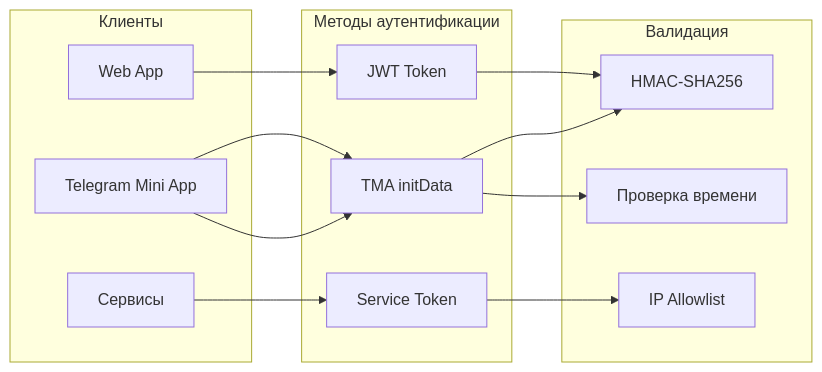
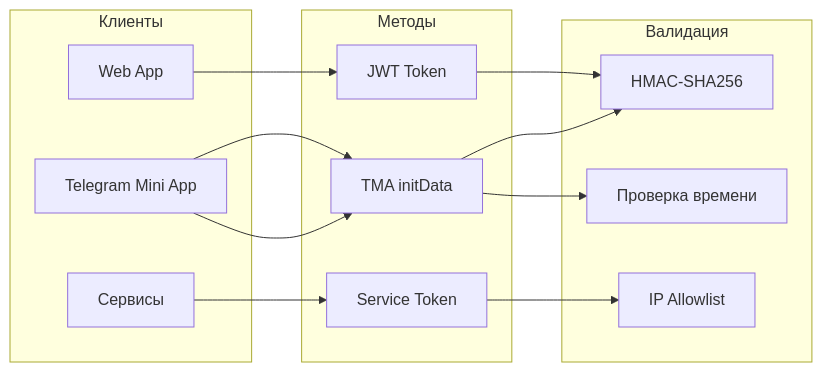
The ninth of 9 diagrams in README.md (germanProgq/crypto-hackathon), drawn with Mermaid before and after one commit. The commit also changed other lines of this file and 1 other file, not shown here.

````diff
--- a/README.md
+++ b/README.md
@@ -729,25 +663,25 @@
 ```mermaid
 flowchart LR
     subgraph "Клиенты"
         WEB[Web App]
         TG[Telegram Mini App]
         SVC[Сервисы]
     end
     
-    subgraph "Методы аутентификации"
+    subgraph "Методы"
         JWT[JWT Token]
         TMA[TMA initData]
         SRVTOKEN[Service Token]
     end
     
     subgraph "Валидация"
         HMAC[HMAC-SHA256]
         EXPIRE[Проверка времени]
         IP[IP Allowlist]
     end
     
     WEB --> JWT --> HMAC
     TG --> TMA --> HMAC
     TG --> TMA --> EXPIRE
     SVC --> SRVTOKEN --> IP
 ```
````
